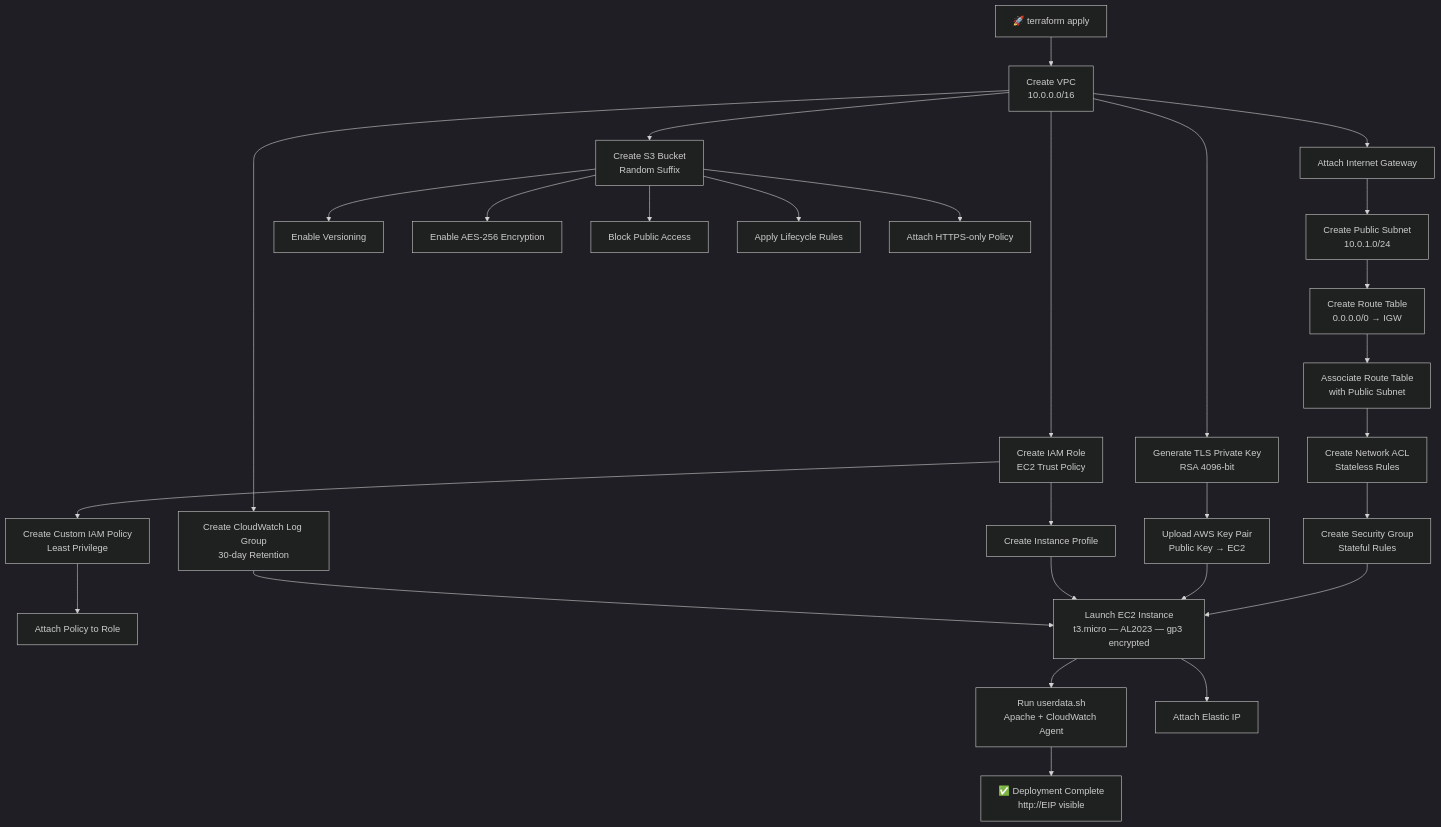
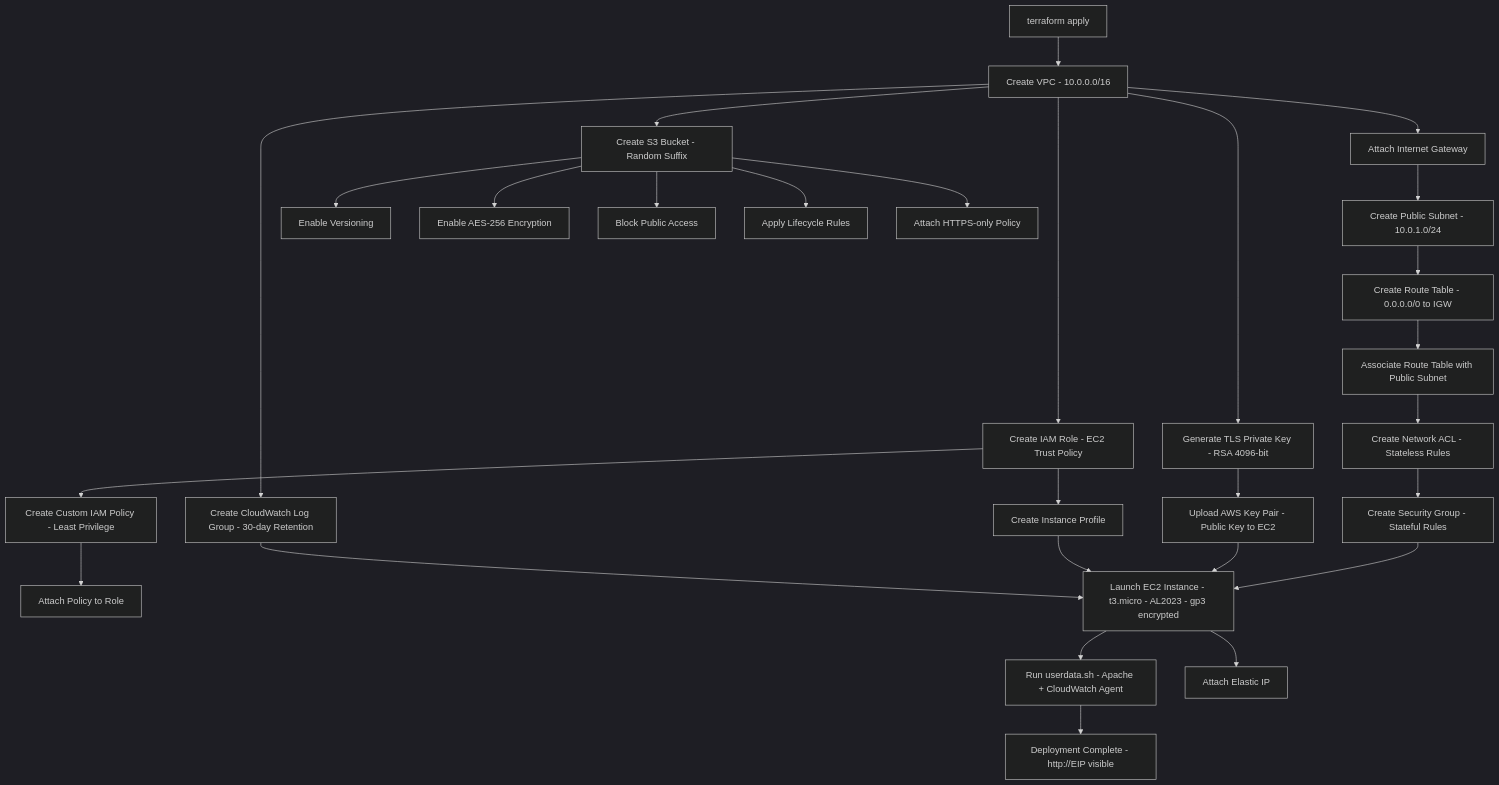
The second of 7 diagrams in README.md (anandd46/Terraform-AWS-Infrastructure---Production-Style-VPC-EC2-S3-Deployment), drawn with Mermaid (dark theme) before and after one commit. The commit also changed other lines of this file, not shown here.

````diff
--- a/README.md
+++ b/README.md
@@ -258,37 +258,37 @@
 ```mermaid
 flowchart TD
-    A[🚀 terraform apply] --> B[Create VPC\n10.0.0.0/16]
+    A[terraform apply] --> B[Create VPC - 10.0.0.0/16]
     B --> C[Attach Internet Gateway]
-    C --> D[Create Public Subnet\n10.0.1.0/24]
-    D --> E[Create Route Table\n0.0.0.0/0 → IGW]
-    E --> F[Associate Route Table\nwith Public Subnet]
-    F --> G[Create Network ACL\nStateless Rules]
-    G --> H[Create Security Group\nStateful Rules]
+    C --> D[Create Public Subnet - 10.0.1.0/24]
+    D --> E[Create Route Table - 0.0.0.0/0 to IGW]
+    E --> F[Associate Route Table with Public Subnet]
+    F --> G[Create Network ACL - Stateless Rules]
+    G --> H[Create Security Group - Stateful Rules]
 
-    B --> I[Generate TLS Private Key\nRSA 4096-bit]
-    I --> J[Upload AWS Key Pair\nPublic Key → EC2]
+    B --> I[Generate TLS Private Key - RSA 4096-bit]
+    I --> J[Upload AWS Key Pair - Public Key to EC2]
 
-    B --> K[Create IAM Role\nEC2 Trust Policy]
-    K --> L[Create Custom IAM Policy\nLeast Privilege]
+    B --> K[Create IAM Role - EC2 Trust Policy]
+    K --> L[Create Custom IAM Policy - Least Privilege]
     L --> M[Attach Policy to Role]
     K --> N[Create Instance Profile]
 
-    B --> O[Create CloudWatch Log Group\n30-day Retention]
+    B --> O[Create CloudWatch Log Group - 30-day Retention]
 
-    B --> P[Create S3 Bucket\nRandom Suffix]
+    B --> P[Create S3 Bucket - Random Suffix]
     P --> Q[Enable Versioning]
     P --> R[Enable AES-256 Encryption]
     P --> S[Block Public Access]
     P --> T[Apply Lifecycle Rules]
     P --> U[Attach HTTPS-only Policy]
 
-    H --> V[Launch EC2 Instance\nt3.micro — AL2023 — gp3 encrypted]
+    H --> V[Launch EC2 Instance - t3.micro - AL2023 - gp3 encrypted]
     J --> V
     N --> V
     O --> V
 
-    V --> W[Run userdata.sh\nApache + CloudWatch Agent]
+    V --> W[Run userdata.sh - Apache + CloudWatch Agent]
     V --> X[Attach Elastic IP]
 
-    W --> Y[✅ Deployment Complete\nhttp://EIP visible]
+    W --> Y[Deployment Complete - http://EIP visible]
 ```
````
